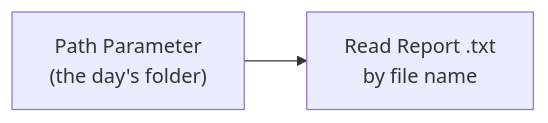
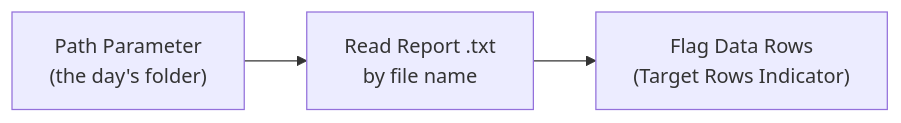
One commit to Eddie-Zhu-IRL/banking-report-etl-powerquery changed the diagram in README.md. Above: the diagram before and after it, drawn with Mermaid.

````diff
--- a/README.md
+++ b/README.md
@@ -49,4 +49,5 @@
 ```mermaid
 flowchart LR;
 A["Path Parameter<br>(the day's folder)"] --> B["Read Report .txt<br>by file name"];
+B --> C["Flag Data Rows<br>(Target Rows Indicator)"];
 ```
````
